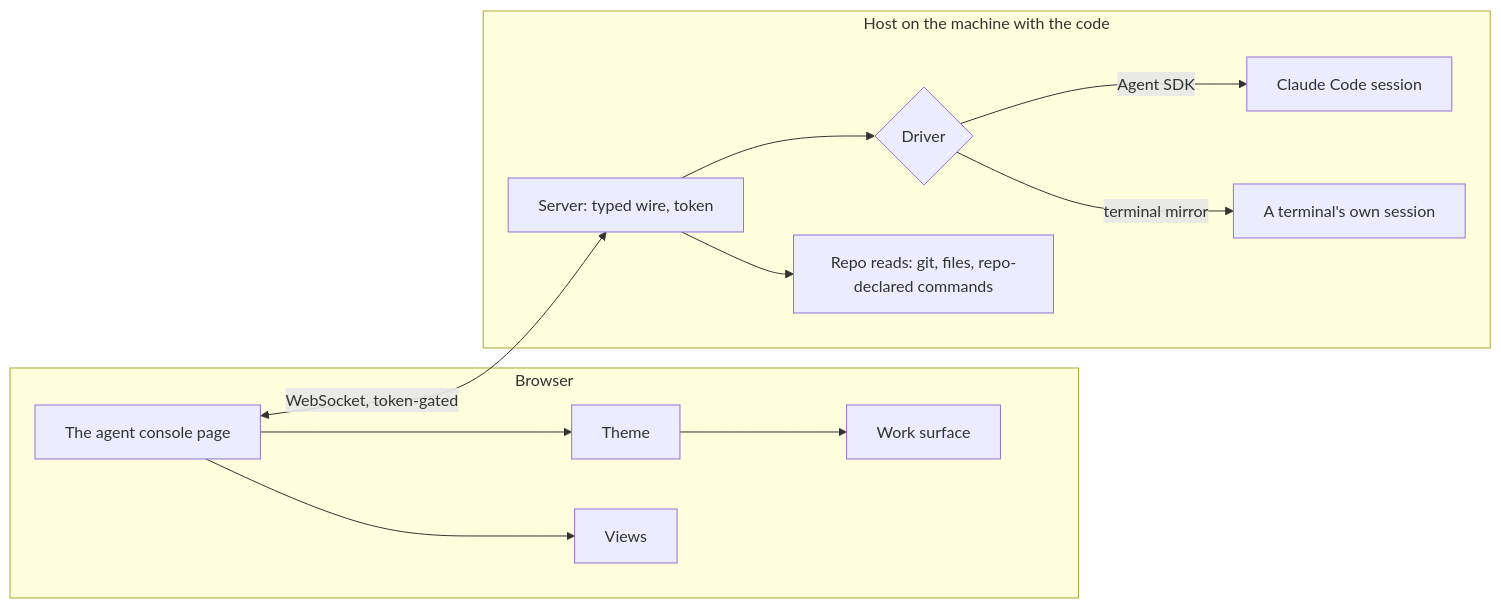
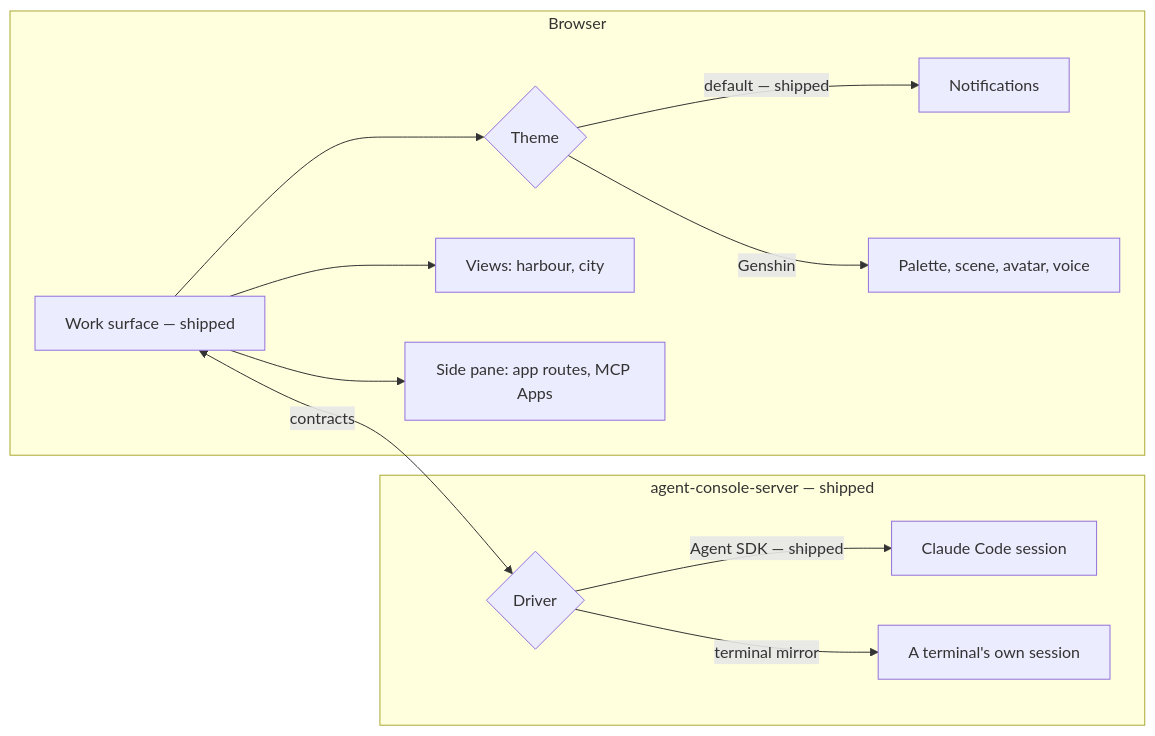
Before and after one commit to Esposter/Esposter: the diagram in apps/web/content/docs/proposals/infra/agent-console/index.md, drawn with Mermaid. The commit also changed other lines of this file and 22 other files, not shown here.

First line of the commit message:
docs(agent-console): the first phase as built, the proposal trimmed to what is left, and the package registered

````diff
--- a/apps/web/content/docs/proposals/infra/agent-console/index.md
+++ b/apps/web/content/docs/proposals/infra/agent-console/index.md
@@ -25,14 +21,15 @@
 ```mermaid
 flowchart LR
   subgraph Browser
-    P[The agent console page] --> T[Theme] --> W[Work surface]
-    P --> V[Views]
+    W[Work surface — shipped] --> T{Theme}
+    T -->|default — shipped| N[Notifications]
+    T -->|Genshin| G[Palette, scene, avatar, voice]
+    W --> V[Views: harbour, city]
+    W --> X[Side pane: app routes, MCP Apps]
   end
-  subgraph Host[Host on the machine with the code]
-    S[Server: typed wire, token] --> D{Driver}
-    D -->|Agent SDK| C[Claude Code session]
-    D -->|terminal mirror| X[A terminal's own session]
-    S --> R[Repo reads: git, files, repo-declared commands]
+  subgraph Host[agent-console-server — shipped]
+    D{Driver} -->|Agent SDK — shipped| C[Claude Code session]
+    D -->|terminal mirror| M[A terminal's own session]
   end
-  P <-->|WebSocket, token-gated| S
+  W <-->|contracts| D
 ```
````
